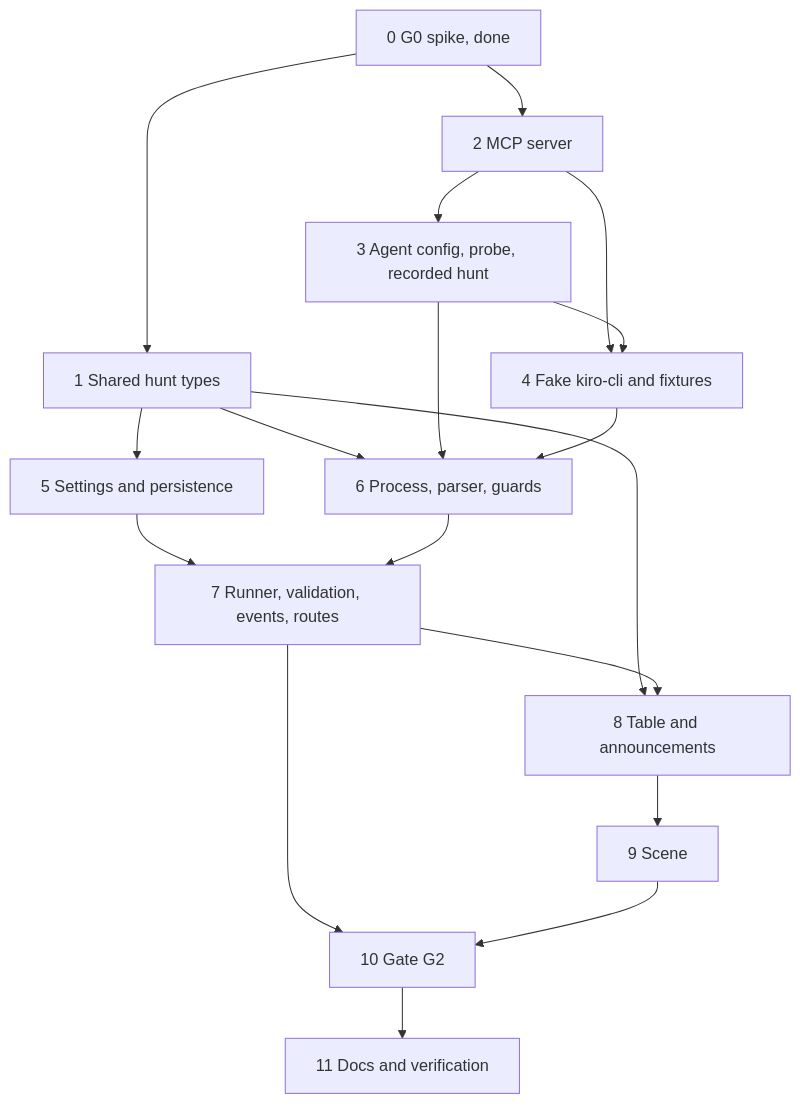
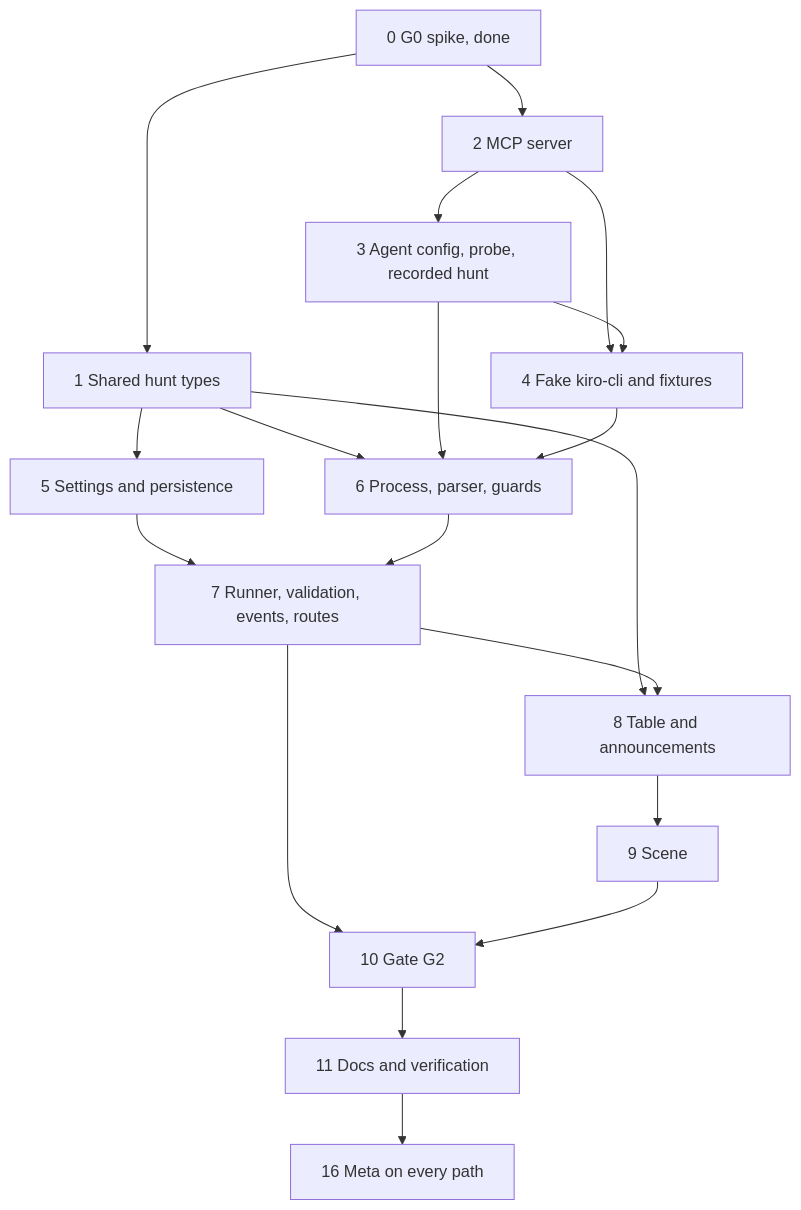
Before and after one commit to Akar-Samudra-Artifisial/Haunted-Ops: the diagram in .kiro/specs/exorcist-agent/tasks.md, drawn with Mermaid. The commit also changed other lines of this file and 30 other files, not shown here.

First line of the commit message:
fix(hunts): check kiro meta on every tool path; ship replay folder

````diff
--- a/.kiro/specs/exorcist-agent/tasks.md
+++ b/.kiro/specs/exorcist-agent/tasks.md
@@ -252,20 +261,21 @@
 ```mermaid
 graph TD
   T0[0 G0 spike, done] --> T1[1 Shared hunt types]
   T0 --> T2[2 MCP server]
   T2 --> T3[3 Agent config, probe, recorded hunt]
   T2 --> T4[4 Fake kiro-cli and fixtures]
   T3 --> T4
   T1 --> T5[5 Settings and persistence]
   T1 --> T6[6 Process, parser, guards]
   T3 --> T6
   T4 --> T6
   T5 --> T7[7 Runner, validation, events, routes]
   T6 --> T7
   T1 --> T8[8 Table and announcements]
   T7 --> T8
   T8 --> T9[9 Scene]
   T7 --> T10[10 Gate G2]
   T9 --> T10
   T10 --> T11[11 Docs and verification]
+  T11 --> T16[16 Meta on every path]
 ```
````
